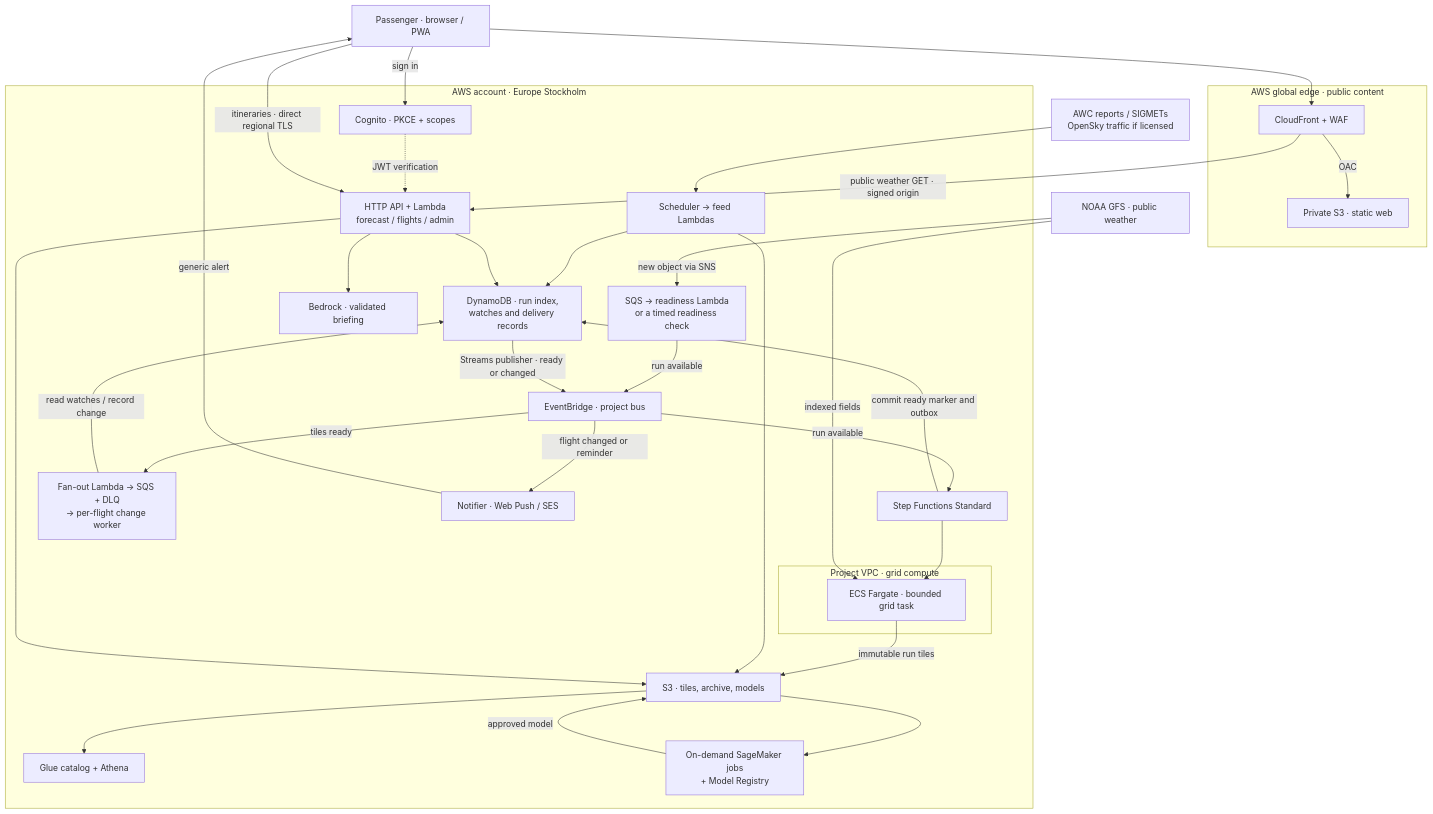
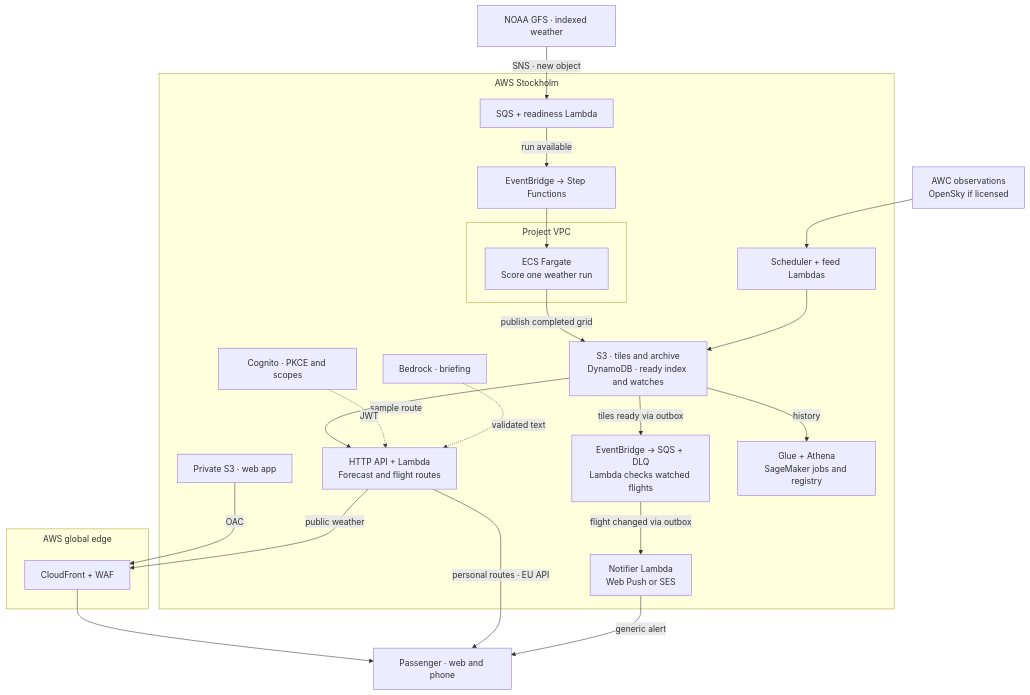
The diagram in docs/architecture.md (alanfijal/SkyCalm), drawn with Mermaid before and after one commit. The commit also changed other lines of this file and 5 other files, not shown here.

````diff
--- a/docs/architecture.md
+++ b/docs/architecture.md
@@ -5,54 +5,47 @@
 ```mermaid
+---
+config:
+  flowchart:
+    subGraphTitleMargin:
+      top: 6
+      bottom: 17
+---
 flowchart TB
-  pax["Passenger · browser / PWA"]
-  noaa["NOAA GFS · public weather"]
-  obs["AWC reports / SIGMETs<br/>OpenSky traffic if licensed"]
-  subgraph edge["AWS global edge · public content"]
+  wx["NOAA GFS · indexed weather"]
+  obs["AWC observations<br/>OpenSky if licensed"]
+  subgraph eu["AWS Stockholm"]
+    intake["SQS + readiness Lambda"]
+    flow["EventBridge → Step Functions"]
+    subgraph vpc["Project VPC"]
+      task["ECS Fargate<br/>Score one weather run"]
+    end
+    feeds["Scheduler + feed Lambdas"]
+    data["S3 · tiles and archive<br/>DynamoDB · ready index and watches"]
+    fan["EventBridge → SQS + DLQ<br/>Lambda checks watched flights"]
+    notify["Notifier Lambda<br/>Web Push or SES"]
+    api["HTTP API + Lambda<br/>Forecast and flight routes"]
+    auth["Cognito · PKCE and scopes"]
+    site["Private S3 · web app"]
+    analysis["Glue + Athena<br/>SageMaker jobs and registry"]
+    brief["Bedrock · briefing"]
+    intake -->|run available| flow --> task
+    task -->|publish completed grid| data
+    feeds --> data
+    data -->|tiles ready via outbox| fan
+    fan -->|flight changed via outbox| notify
+    data -->|sample route| api
+    data -->|history| analysis
+    auth -.->|JWT| api
+    brief -.->|validated text| api
+  end
+  subgraph edge["AWS global edge"]
     cdn["CloudFront + WAF"]
-    web["Private S3 · static web"]
-    cdn -->|OAC| web
   end
-  subgraph eu["AWS account · Europe Stockholm"]
-    api["HTTP API + Lambda<br/>forecast / flights / admin"]
-    auth["Cognito · PKCE + scopes"]
-    intake["SQS → readiness Lambda<br/>or a timed readiness check"]
-    feeds["Scheduler → feed Lambdas"]
-    bus["EventBridge · project bus"]
-    flow["Step Functions Standard"]
-    subgraph net["Project VPC · grid compute"]
-      grid["ECS Fargate · bounded grid task"]
-    end
-    lake["S3 · tiles, archive, models"]
-    db["DynamoDB · run index,<br/>watches and delivery records"]
-    jobs["Fan-out Lambda → SQS + DLQ<br/>→ per-flight change worker"]
-    notify["Notifier · Web Push / SES"]
-    analytics["Glue catalog + Athena"]
-    ml["On-demand SageMaker jobs<br/>+ Model Registry"]
-    brief["Bedrock · validated briefing"]
-    intake -->|run available| bus
-    bus -->|run available| flow --> grid
-    grid -->|immutable run tiles| lake
-    flow -->|commit ready marker and outbox| db
-    db -->|Streams publisher · ready or changed| bus
-    bus -->|tiles ready| jobs
-    jobs -->|read watches / record change| db
-    bus -->|flight changed or reminder| notify
-    feeds --> lake
-    feeds --> db
-    api --> lake
-    api --> db
-    api --> brief
-    lake --> analytics
-    lake --> ml
-    ml -->|approved model| lake
-    auth -.->|JWT verification| api
-  end
-  pax --> cdn
-  cdn -->|public weather GET · signed origin| api
-  pax -->|sign in| auth
-  pax -->|itineraries · direct regional TLS| api
-  noaa -->|new object via SNS| intake
-  noaa -->|indexed fields| grid
+  site -->|OAC| cdn
+  api -->|public weather| cdn
+  wx -->|SNS · new object| intake
   obs --> feeds
-  notify -->|generic alert| pax
+  cdn --> passenger["Passenger · web and phone"]
+  api -->|personal routes · EU API| passenger
+  notify -->|generic alert| passenger
 ```
````
